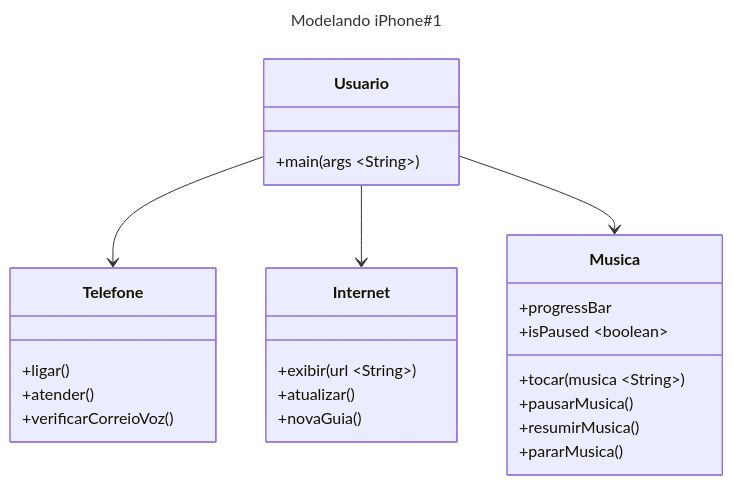
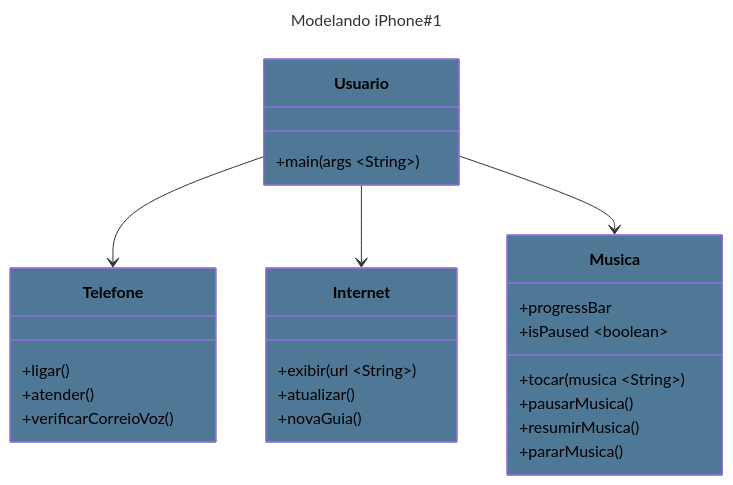
The diagram in README.md (KauaLQ/dio-modelando-iPhone-java), drawn with Mermaid before and after one commit. The commit also changed other lines of this file, not shown here.

````diff
--- a/README.md
+++ b/README.md
@@ -6,33 +7,38 @@
 ```mermaid
 ---
 title: Modelando iPhone#1
 ---
 classDiagram
     class Usuario
     Usuario : +main(args ~String~)
 
     class Telefone {
     +ligar()
     +atender()
     +verificarCorreioVoz()
     }
 
     class Internet {
     +exibir(url ~String~)
     +atualizar()
     +novaGuia()
     }
 
     class Musica {
     +progressBar
     +isPaused ~boolean~
     +tocar(musica ~String~)
     +pausarMusica()
     +resumirMusica()
     +pararMusica()
     }
 
+    style Usuario fill:#4E7896,color:#000000
+    style Telefone fill:#4E7896,color:#000000
+    style Internet fill:#4E7896,color:#000000
+    style Musica fill:#4E7896,color:#000000
+
     Usuario --> Telefone
     Usuario --> Internet
     Usuario --> Musica
 ```
````
